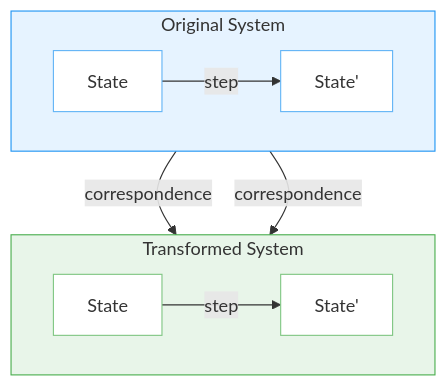
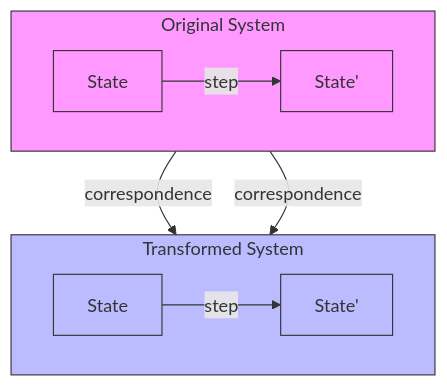
The third of 3 diagrams in proofs/PROOF_GUIDE.md (pulseengine/meld), drawn with Mermaid before and after one commit. The commit also changed other lines of this file and 1 other file, not shown here.

````diff
--- a/proofs/PROOF_GUIDE.md
+++ b/proofs/PROOF_GUIDE.md
@@ -405,22 +392,21 @@
 ```mermaid
 flowchart TD
     subgraph Original[Original System]
         direction LR
         S1[State] -->|step| S2[State']
     end
 
     subgraph Transformed[Transformed System]
         direction LR
         T1[State] -->|step| T2[State']
     end
 
     S1 -->|correspondence| T1
     S2 -->|correspondence| T2
 
-    style Original fill:#e6f3ff,stroke:#2196f3
-    style Transformed fill:#e8f5e9,stroke:#4caf50
-    style S1 fill:#ffffff,stroke:#64b5f6
-    style S2 fill:#ffffff,stroke:#64b5f6
-    style T1 fill:#ffffff,stroke:#81c784
-    style T2 fill:#ffffff,stroke:#81c784
+    classDef buildFill fill:#f9f,stroke:#333;
+    classDef runtimeFill fill:#bbf,stroke:#333;
+
+    class Original,S1,S2 buildFill
+    class Transformed,T1,T2 runtimeFill
 ```
````
